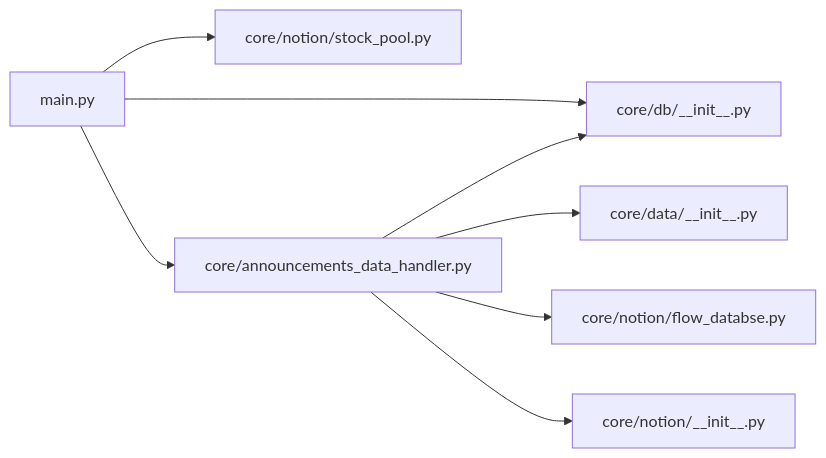
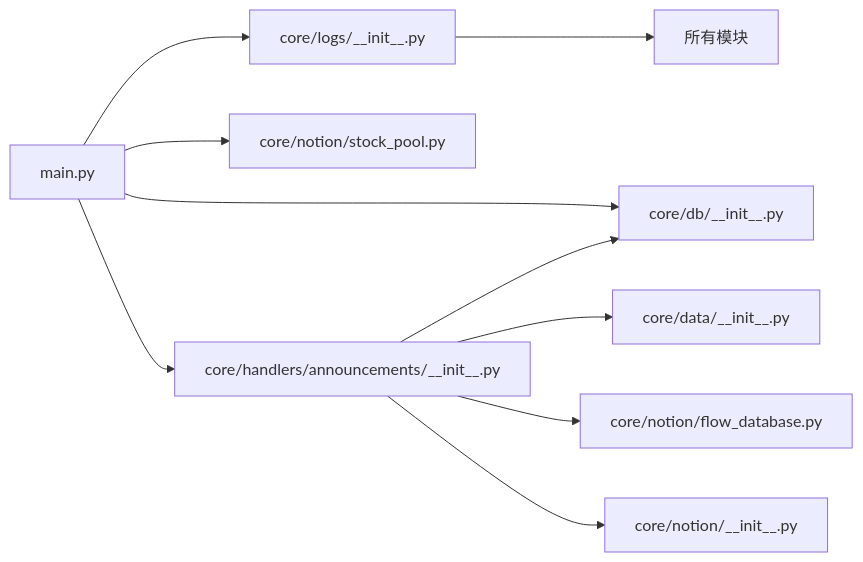
One commit to iverwong/DataLife changed the third of 3 diagrams in .qoder/repowiki/zh/content/核心模块详解/主入口模块.md. Above: the diagram before and after it, drawn with Mermaid. The commit also changed other lines of this file and 14 other files, not shown here.

````diff
--- a/.qoder/repowiki/zh/content/核心模块详解/主入口模块.md
+++ b/.qoder/repowiki/zh/content/核心模块详解/主入口模块.md
@@ -202,10 +191,12 @@
 ```mermaid
 graph LR
-M["main.py"] --> DB["core/db/__init__.py"]
+M["main.py"] --> LOGS["core/logs/__init__.py"]
+M --> DB["core/db/__init__.py"]
 M --> NP["core/notion/stock_pool.py"]
-M --> ADH["core/announcements_data_handler.py"]
+M --> ADH["core/handlers/announcements/__init__.py"]
+LOGS --> ALL["所有模块"]
 ADH --> DATA["core/data/__init__.py"]
 ADH --> DB
-ADH --> FLOW["core/notion/flow_databse.py"]
+ADH --> FLOW["core/notion/flow_database.py"]
 ADH --> NAGG["core/notion/__init__.py"]
 ```
````
